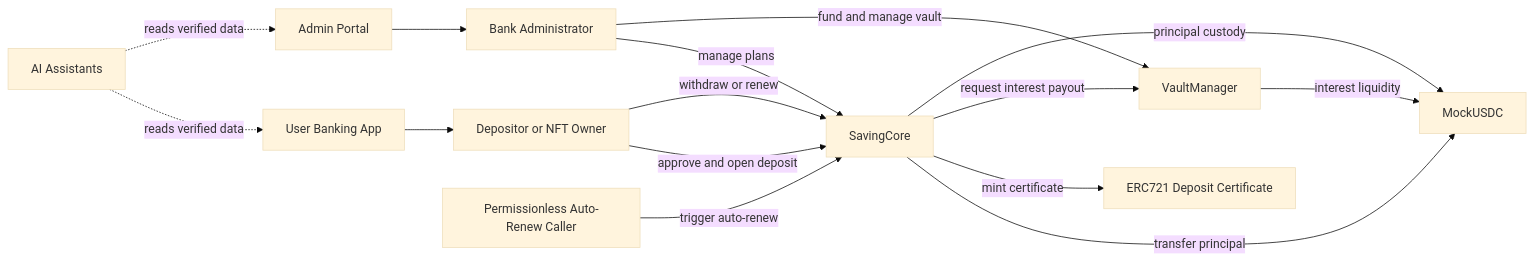
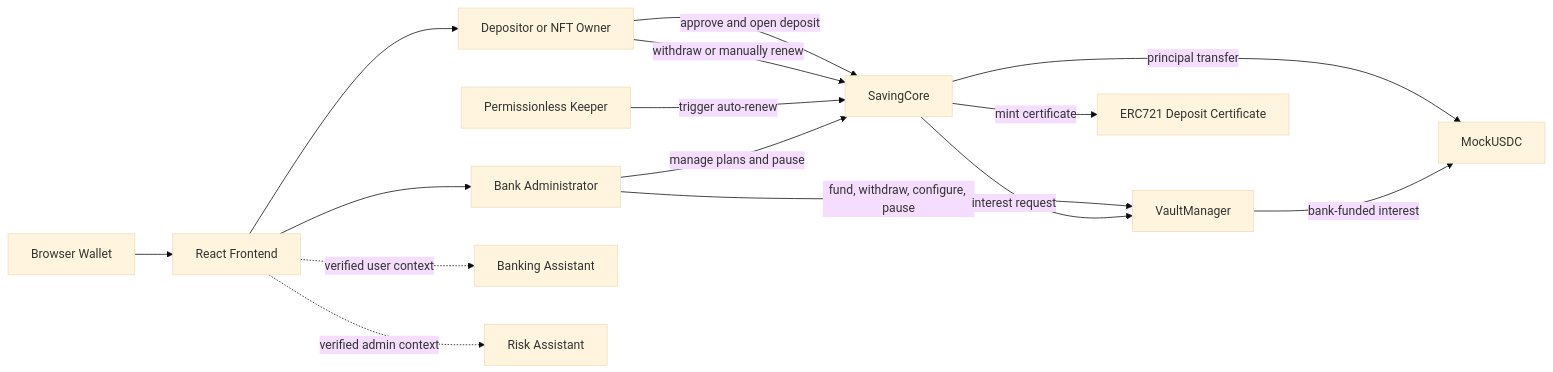
The first of 3 diagrams in docs/ARCHITECTURE.md (VuNguyen26/online-banking-capstone), drawn with Mermaid (base theme) before and after one commit. The commit also changed other lines of this file and 5 other files, not shown here.

```diff
--- a/docs/ARCHITECTURE.md
+++ b/docs/ARCHITECTURE.md
@@ -340,31 +154,33 @@
 ~~~mermaid
 flowchart LR
-    User[Depositor or NFT Owner]
+    Depositor[Depositor or NFT Owner]
     Admin[Bank Administrator]
-    Bot[Permissionless Auto-Renew Caller]
-    UI[User Banking App]
-    AdminUI[Admin Portal]
-    AI[AI Assistants]
+    Keeper[Permissionless Keeper]
+    Wallet[Browser Wallet]
+    Frontend[React Frontend]
+    BankingAI[Banking Assistant]
+    RiskAI[Risk Assistant]
 
     Token[MockUSDC]
     Core[SavingCore]
     Vault[VaultManager]
     NFT[ERC721 Deposit Certificate]
 
-    UI --> User
-    AdminUI --> Admin
-    AI -. reads verified data .-> UI
-    AI -. reads verified data .-> AdminUI
+    Wallet --> Frontend
+    Frontend --> Depositor
+    Frontend --> Admin
 
-    User -->|approve and open deposit| Core
-    User -->|withdraw or renew| Core
-    Admin -->|manage plans| Core
-    Admin -->|fund and manage vault| Vault
-    Bot -->|trigger auto-renew| Core
+    Frontend -. verified user context .-> BankingAI
+    Frontend -. verified admin context .-> RiskAI
 
-    Core -->|transfer principal| Token
+    Depositor -->|approve and open deposit| Core
+    Depositor -->|withdraw or manually renew| Core
+    Keeper -->|trigger auto-renew| Core
+    Admin -->|manage plans and pause| Core
+    Admin -->|fund, withdraw, configure, pause| Vault
+
+    Core -->|principal transfer| Token
     Core -->|mint certificate| NFT
-    Core -->|request interest payout| Vault
-    Vault -->|interest liquidity| Token
-    Core -->|principal custody| Token
+    Core -->|interest request| Vault
+    Vault -->|bank-funded interest| Token
 ~~~
```
